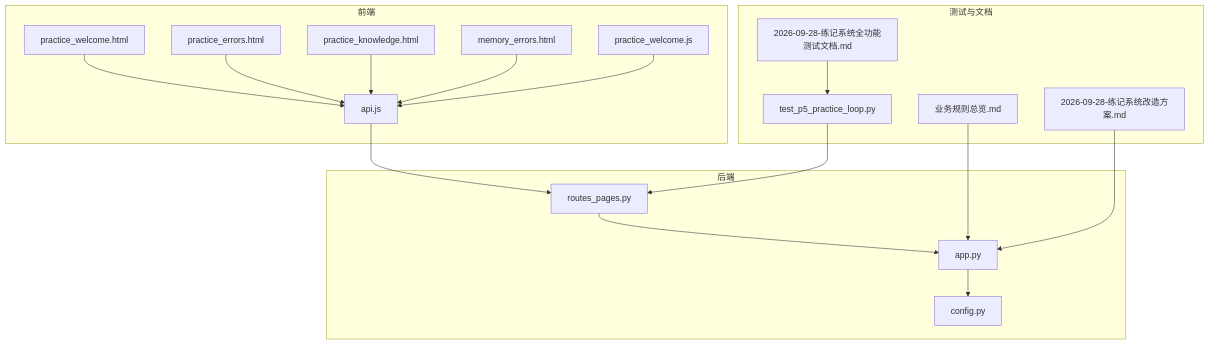
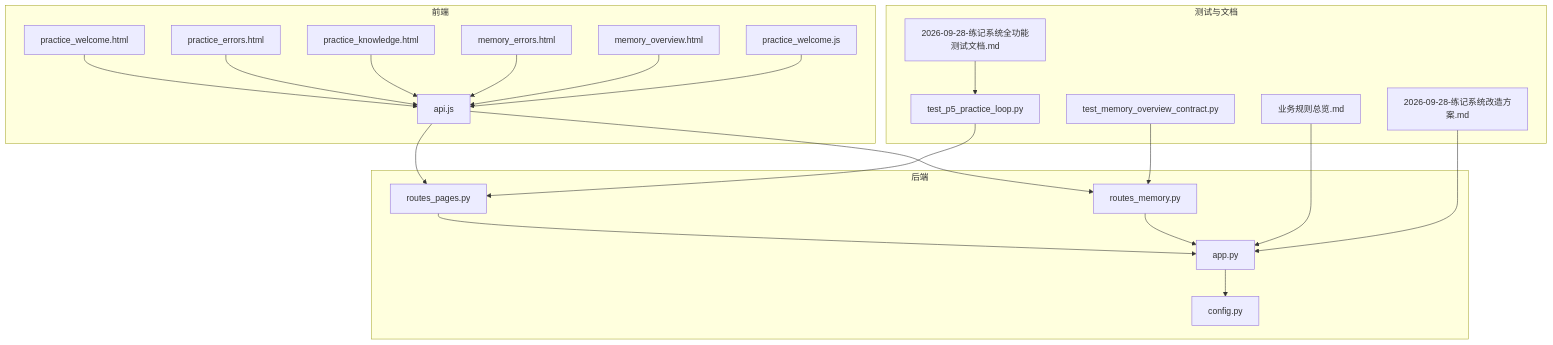
The first of 14 diagrams in .qoder/repowiki/zh/content/练习系统/练习系统.md (abokyoy/LectureLearnLoop), drawn with Mermaid before and after one commit. The commit also changed other lines of this file and 91 other files, not shown here.

````diff
--- a/.qoder/repowiki/zh/content/练习系统/练习系统.md
+++ b/.qoder/repowiki/zh/content/练习系统/练习系统.md
@@ -49,34 +61,41 @@
 ```mermaid
 graph TB
 subgraph "前端"
 PW["practice_welcome.html"]
 PE["practice_errors.html"]
 PK["practice_knowledge.html"]
 ME["memory_errors.html"]
+MO["memory_overview.html"]
 APIJS["api.js"]
 PWJS["practice_welcome.js"]
 end
 subgraph "后端"
 APP["app.py"]
 ROUTES["routes_pages.py"]
+RMEMORY["routes_memory.py"]
 CONF["config.py"]
 end
 subgraph "测试与文档"
 TPL["test_p5_practice_loop.py"]
+TMEMORY["test_memory_overview_contract.py"]
 BR["业务规则总览.md"]
 PLAN["2026-09-28-练记系统改造方案.md"]
 TESTDOC["2026-09-28-练记系统全功能测试文档.md"]
 end
 PW --> APIJS
 PE --> APIJS
 PK --> APIJS
 ME --> APIJS
+MO --> APIJS
 PWJS --> APIJS
 APIJS --> ROUTES
+APIJS --> RMEMORY
 ROUTES --> APP
+RMEMORY --> APP
 APP --> CONF
 TPL --> ROUTES
+TMEMORY --> RMEMORY
 BR --> APP
 PLAN --> APP
 TESTDOC --> TPL
 ```
````
